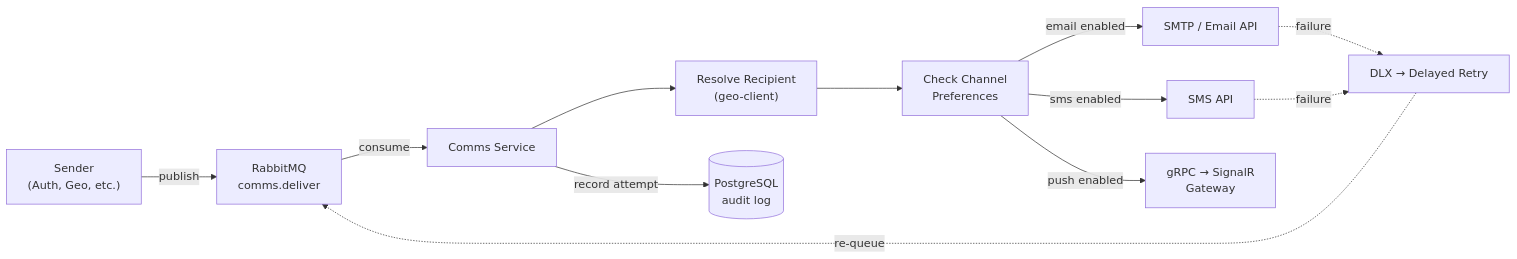
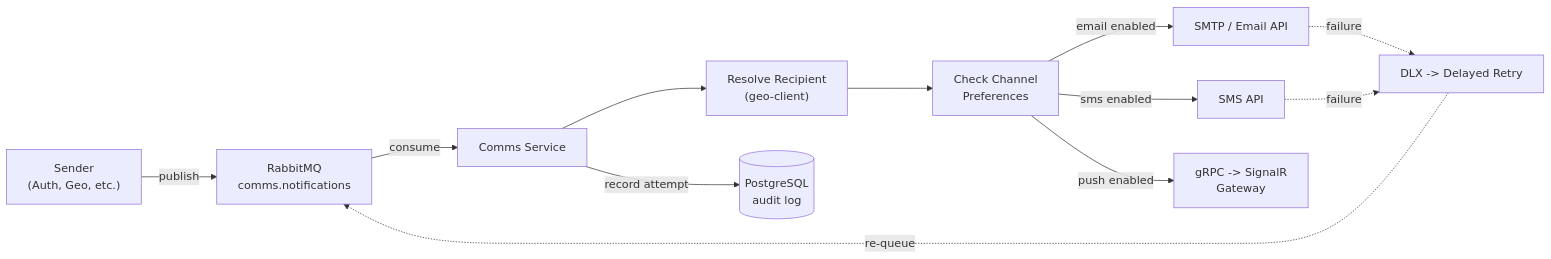
The first of 5 diagrams in backends/node/services/comms/COMMS.md (DCSV-io/D2-WORX), drawn with Mermaid before and after one commit. The commit also changed other lines of this file and 159 other files, not shown here.

First line of the commit message:
refactor(comms,auth): create @d2/comms-client, simplify comms architecture

````diff
--- a/backends/node/services/comms/COMMS.md
+++ b/backends/node/services/comms/COMMS.md
@@ -44,22 +44,22 @@
 ```mermaid
 flowchart LR
     Sender["Sender\n(Auth, Geo, etc.)"]
-    RMQ["RabbitMQ\ncomms.deliver"]
+    RMQ["RabbitMQ\ncomms.notifications"]
     Comms["Comms Service"]
     Resolve["Resolve Recipient\n(geo-client)"]
     Prefs["Check Channel\nPreferences"]
     PG[(PostgreSQL\naudit log)]
 
     Sender -->|publish| RMQ -->|consume| Comms
     Comms --> Resolve --> Prefs
 
     Prefs -->|email enabled| SMTP["SMTP / Email API"]
     Prefs -->|sms enabled| SMS["SMS API"]
-    Prefs -->|push enabled| SignalR["gRPC → SignalR\nGateway"]
+    Prefs -->|push enabled| SignalR["gRPC -> SignalR\nGateway"]
 
     Comms -->|record attempt| PG
 
-    SMTP -.->|failure| DLX["DLX → Delayed Retry"]
+    SMTP -.->|failure| DLX["DLX -> Delayed Retry"]
     SMS -.->|failure| DLX
     DLX -.->|re-queue| RMQ
 ```
````
